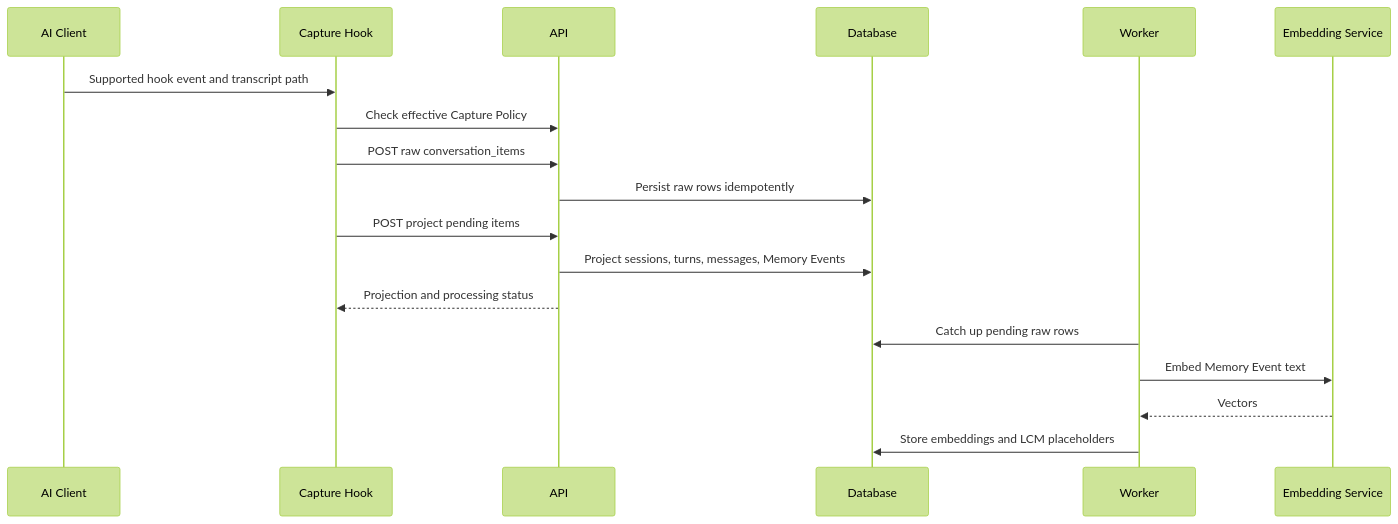
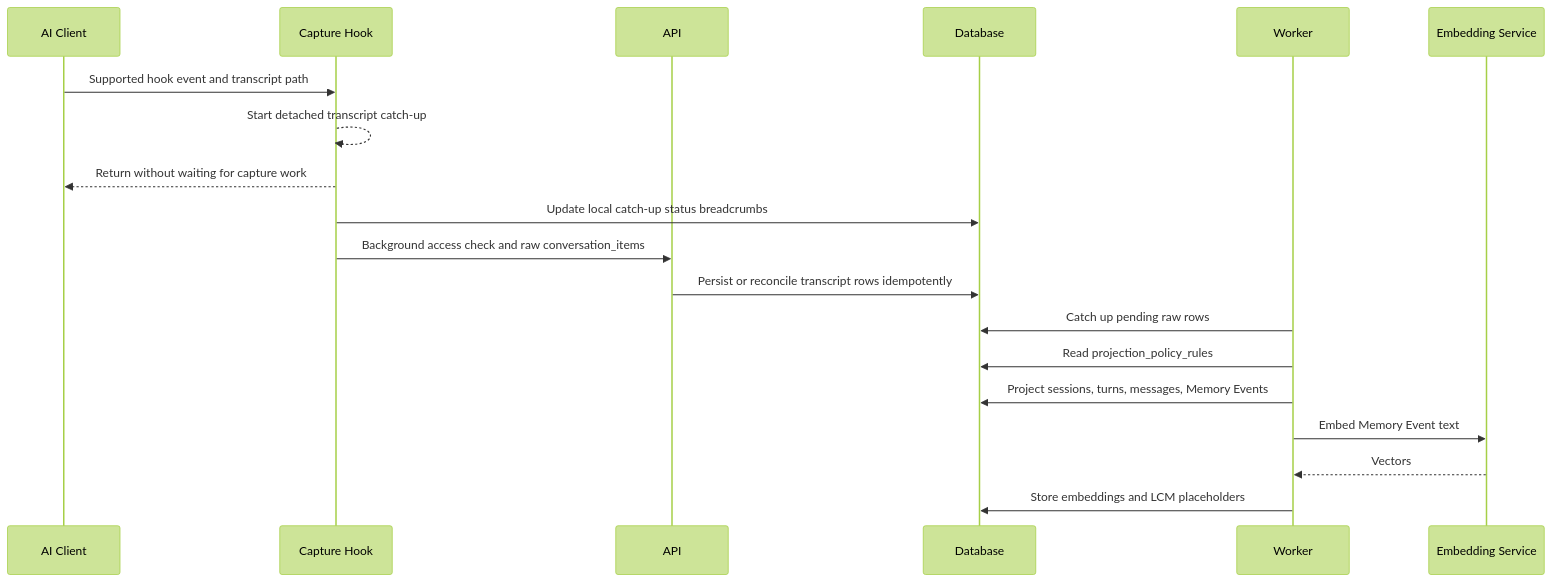
The first of 5 diagrams in docs/service-sequence-overview.md (johncarmack1984/koed), drawn with Mermaid (forest theme) before and after one commit. The commit also changed other lines of this file and 40 other files, not shown here.

Commit message:
Feature: transcript source-of-truth capture Projection (#232)

````diff
--- a/docs/service-sequence-overview.md
+++ b/docs/service-sequence-overview.md
@@ -71,21 +88,22 @@
 ```mermaid
 sequenceDiagram
   participant Client as AI Client
   participant Hook as Capture Hook
   participant API as API
   participant DB as Database
   participant Worker as Worker
   participant Embed as Embedding Service
 
   Client->>Hook: Supported hook event and transcript path
-  Hook->>API: Check effective Capture Policy
-  Hook->>API: POST raw conversation_items
-  API->>DB: Persist raw rows idempotently
-  Hook->>API: POST project pending items
-  API->>DB: Project sessions, turns, messages, Memory Events
-  API-->>Hook: Projection and processing status
+  Hook-->>Hook: Start detached transcript catch-up
+  Hook-->>Client: Return without waiting for capture work
+  Hook->>DB: Update local catch-up status breadcrumbs
+  Hook->>API: Background access check and raw conversation_items
+  API->>DB: Persist or reconcile transcript rows idempotently
   Worker->>DB: Catch up pending raw rows
+  Worker->>DB: Read projection_policy_rules
+  Worker->>DB: Project sessions, turns, messages, Memory Events
   Worker->>Embed: Embed Memory Event text
   Embed-->>Worker: Vectors
   Worker->>DB: Store embeddings and LCM placeholders
 ```
````
